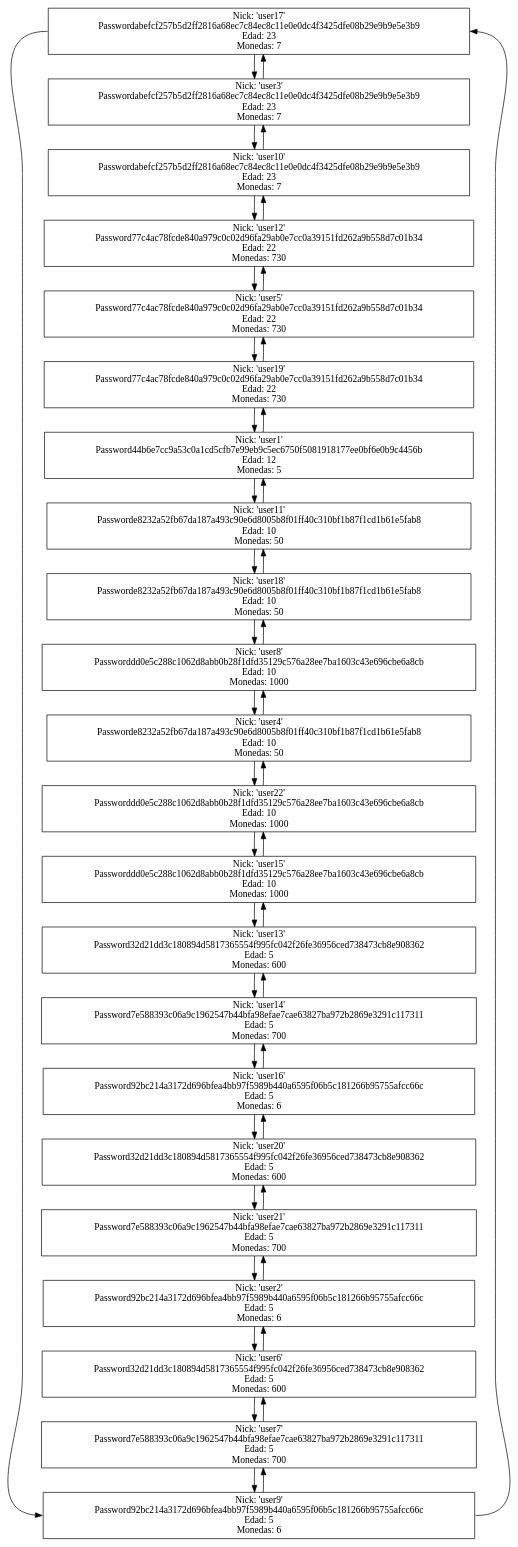
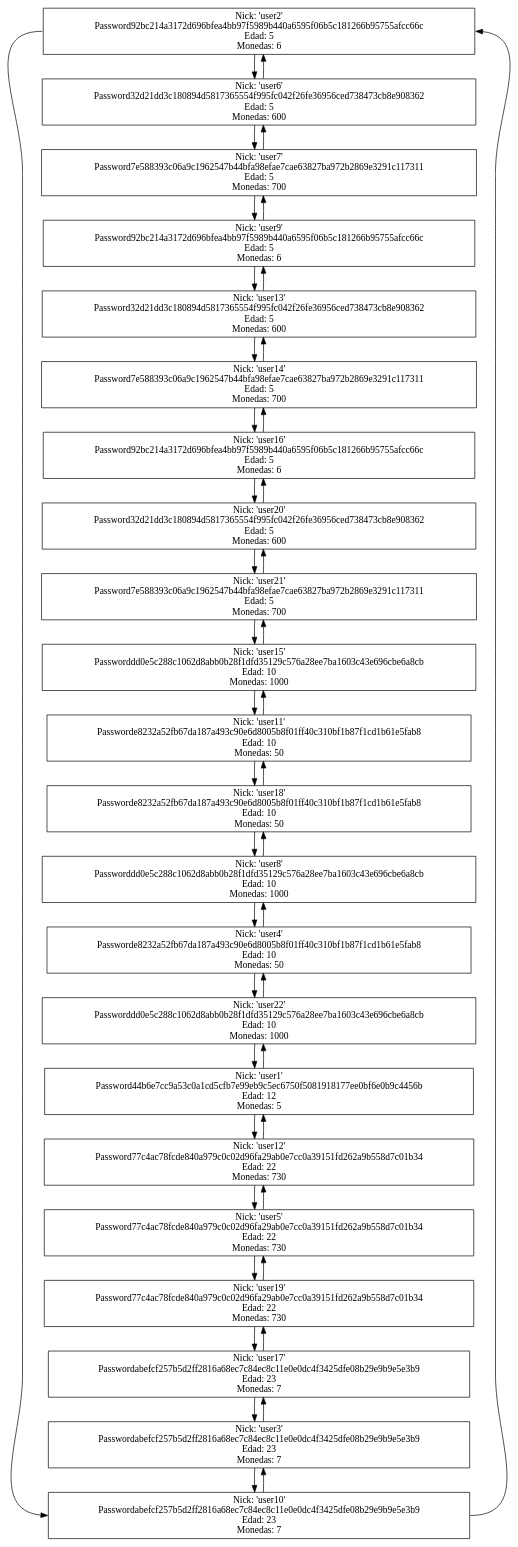
The diagram in usuarios.dot (ASique-4/-EDD_2S-BatallaNaval_202012039), drawn with Graphviz before and after one commit. The commit also changed 4 other files, not shown here.

```diff
--- a/usuarios.dot
+++ b/usuarios.dot
@@ -1,136 +1,136 @@
 digraph G {
 graph [rankdir = TB ]
 node [shape = box]
-"user17"[label="Nick: 'user17'
-Passwordabefcf257b5d2ff2816a68ec7c84ec8c11e0e0dc4f3425dfe08b29e9b9e5e3b9
-Edad: 23
-Monedas: 7"];
-user17->user3
-"user3" [label="Nick: 'user3'
-Passwordabefcf257b5d2ff2816a68ec7c84ec8c11e0e0dc4f3425dfe08b29e9b9e5e3b9
-Edad: 23
-Monedas: 7"];
-"user3"->"user10"
-"user3"->"user17"
-"user10" [label="Nick: 'user10'
-Passwordabefcf257b5d2ff2816a68ec7c84ec8c11e0e0dc4f3425dfe08b29e9b9e5e3b9
-Edad: 23
-Monedas: 7"];
-"user10"->"user12"
-"user10"->"user3"
-"user12" [label="Nick: 'user12'
-Password77c4ac78fcde840a979c0c02d96fa29ab0e7cc0a39151fd262a9b558d7c01b34
-Edad: 22
-Monedas: 730"];
-"user12"->"user5"
-"user12"->"user10"
-"user5" [label="Nick: 'user5'
-Password77c4ac78fcde840a979c0c02d96fa29ab0e7cc0a39151fd262a9b558d7c01b34
-Edad: 22
-Monedas: 730"];
-"user5"->"user19"
-"user5"->"user12"
-"user19" [label="Nick: 'user19'
-Password77c4ac78fcde840a979c0c02d96fa29ab0e7cc0a39151fd262a9b558d7c01b34
-Edad: 22
-Monedas: 730"];
-"user19"->"user1"
-"user19"->"user5"
-"user1" [label="Nick: 'user1'
-Password44b6e7cc9a53c0a1cd5cfb7e99eb9c5ec6750f5081918177ee0bf6e0b9c4456b
-Edad: 12
-Monedas: 5"];
-"user1"->"user11"
-"user1"->"user19"
+"user2"[label="Nick: 'user2'
+Password92bc214a3172d696bfea4bb97f5989b440a6595f06b5c181266b95755afcc66c
+Edad: 5
+Monedas: 6"];
+user2->user6
+"user6" [label="Nick: 'user6'
+Password32d21dd3c180894d5817365554f995fc042f26fe36956ced738473cb8e908362
+Edad: 5
+Monedas: 600"];
+"user6"->"user7"
+"user6"->"user2"
+"user7" [label="Nick: 'user7'
+Password7e588393c06a9c1962547b44bfa98efae7cae63827ba972b2869e3291c117311
+Edad: 5
+Monedas: 700"];
+"user7"->"user9"
+"user7"->"user6"
+"user9" [label="Nick: 'user9'
+Password92bc214a3172d696bfea4bb97f5989b440a6595f06b5c181266b95755afcc66c
+Edad: 5
+Monedas: 6"];
+"user9"->"user13"
+"user9"->"user7"
+"user13" [label="Nick: 'user13'
+Password32d21dd3c180894d5817365554f995fc042f26fe36956ced738473cb8e908362
+Edad: 5
+Monedas: 600"];
+"user13"->"user14"
+"user13"->"user9"
+"user14" [label="Nick: 'user14'
+Password7e588393c06a9c1962547b44bfa98efae7cae63827ba972b2869e3291c117311
+Edad: 5
+Monedas: 700"];
+"user14"->"user16"
+"user14"->"user13"
+"user16" [label="Nick: 'user16'
+Password92bc214a3172d696bfea4bb97f5989b440a6595f06b5c181266b95755afcc66c
+Edad: 5
+Monedas: 6"];
+"user16"->"user20"
+"user16"->"user14"
+"user20" [label="Nick: 'user20'
+Password32d21dd3c180894d5817365554f995fc042f26fe36956ced738473cb8e908362
+Edad: 5
+Monedas: 600"];
+"user20"->"user21"
+"user20"->"user16"
+"user21" [label="Nick: 'user21'
+Password7e588393c06a9c1962547b44bfa98efae7cae63827ba972b2869e3291c117311
+Edad: 5
+Monedas: 700"];
+"user21"->"user15"
+"user21"->"user20"
+"user15" [label="Nick: 'user15'
+Passworddd0e5c288c1062d8abb0b28f1dfd35129c576a28ee7ba1603c43e696cbe6a8cb
+Edad: 10
+Monedas: 1000"];
+"user15"->"user11"
+"user15"->"user21"
 "user11" [label="Nick: 'user11'
 Passworde8232a52fb67da187a493c90e6d8005b8f01ff40c310bf1b87f1cd1b61e5fab8
 Edad: 10
 Monedas: 50"];
 "user11"->"user18"
-"user11"->"user1"
+"user11"->"user15"
 "user18" [label="Nick: 'user18'
 Passworde8232a52fb67da187a493c90e6d8005b8f01ff40c310bf1b87f1cd1b61e5fab8
 Edad: 10
 Monedas: 50"];
 "user18"->"user8"
 "user18"->"user11"
 "user8" [label="Nick: 'user8'
 Passworddd0e5c288c1062d8abb0b28f1dfd35129c576a28ee7ba1603c43e696cbe6a8cb
 Edad: 10
 Monedas: 1000"];
 "user8"->"user4"
 "user8"->"user18"
 "user4" [label="Nick: 'user4'
 Passworde8232a52fb67da187a493c90e6d8005b8f01ff40c310bf1b87f1cd1b61e5fab8
 Edad: 10
 Monedas: 50"];
 "user4"->"user22"
 "user4"->"user8"
 "user22" [label="Nick: 'user22'
 Passworddd0e5c288c1062d8abb0b28f1dfd35129c576a28ee7ba1603c43e696cbe6a8cb
 Edad: 10
 Monedas: 1000"];
-"user22"->"user15"
+"user22"->"user1"
 "user22"->"user4"
-"user15" [label="Nick: 'user15'
-Passworddd0e5c288c1062d8abb0b28f1dfd35129c576a28ee7ba1603c43e696cbe6a8cb
-Edad: 10
-Monedas: 1000"];
-"user15"->"user13"
-"user15"->"user22"
-"user13" [label="Nick: 'user13'
-Password32d21dd3c180894d5817365554f995fc042f26fe36956ced738473cb8e908362
-Edad: 5
-Monedas: 600"];
-"user13"->"user14"
-"user13"->"user15"
-"user14" [label="Nick: 'user14'
-Password7e588393c06a9c1962547b44bfa98efae7cae63827ba972b2869e3291c117311
-Edad: 5
-Monedas: 700"];
-"user14"->"user16"
-"user14"->"user13"
-"user16" [label="Nick: 'user16'
-Password92bc214a3172d696bfea4bb97f5989b440a6595f06b5c181266b95755afcc66c
-Edad: 5
-Monedas: 6"];
-"user16"->"user20"
-"user16"->"user14"
-"user20" [label="Nick: 'user20'
-Password32d21dd3c180894d5817365554f995fc042f26fe36956ced738473cb8e908362
-Edad: 5
-Monedas: 600"];
-"user20"->"user21"
-"user20"->"user16"
-"user21" [label="Nick: 'user21'
-Password7e588393c06a9c1962547b44bfa98efae7cae63827ba972b2869e3291c117311
-Edad: 5
-Monedas: 700"];
-"user21"->"user2"
-"user21"->"user20"
-"user2" [label="Nick: 'user2'
-Password92bc214a3172d696bfea4bb97f5989b440a6595f06b5c181266b95755afcc66c
-Edad: 5
-Monedas: 6"];
-"user2"->"user6"
-"user2"->"user21"
-"user6" [label="Nick: 'user6'
-Password32d21dd3c180894d5817365554f995fc042f26fe36956ced738473cb8e908362
-Edad: 5
-Monedas: 600"];
-"user6"->"user7"
-"user6"->"user2"
-"user7" [label="Nick: 'user7'
-Password7e588393c06a9c1962547b44bfa98efae7cae63827ba972b2869e3291c117311
-Edad: 5
-Monedas: 700"];
-"user7"->"user9"
-"user7"->"user6"
-"user9"[label="Nick: 'user9'
-Password92bc214a3172d696bfea4bb97f5989b440a6595f06b5c181266b95755afcc66c
-Edad: 5
-Monedas: 6"];
-"user9"->"user7"
-"user9":e->"user17":e
-"user17":w->"user9":w
+"user1" [label="Nick: 'user1'
+Password44b6e7cc9a53c0a1cd5cfb7e99eb9c5ec6750f5081918177ee0bf6e0b9c4456b
+Edad: 12
+Monedas: 5"];
+"user1"->"user12"
+"user1"->"user22"
+"user12" [label="Nick: 'user12'
+Password77c4ac78fcde840a979c0c02d96fa29ab0e7cc0a39151fd262a9b558d7c01b34
+Edad: 22
+Monedas: 730"];
+"user12"->"user5"
+"user12"->"user1"
+"user5" [label="Nick: 'user5'
+Password77c4ac78fcde840a979c0c02d96fa29ab0e7cc0a39151fd262a9b558d7c01b34
+Edad: 22
+Monedas: 730"];
+"user5"->"user19"
+"user5"->"user12"
+"user19" [label="Nick: 'user19'
+Password77c4ac78fcde840a979c0c02d96fa29ab0e7cc0a39151fd262a9b558d7c01b34
+Edad: 22
+Monedas: 730"];
+"user19"->"user17"
+"user19"->"user5"
+"user17" [label="Nick: 'user17'
+Passwordabefcf257b5d2ff2816a68ec7c84ec8c11e0e0dc4f3425dfe08b29e9b9e5e3b9
+Edad: 23
+Monedas: 7"];
+"user17"->"user3"
+"user17"->"user19"
+"user3" [label="Nick: 'user3'
+Passwordabefcf257b5d2ff2816a68ec7c84ec8c11e0e0dc4f3425dfe08b29e9b9e5e3b9
+Edad: 23
+Monedas: 7"];
+"user3"->"user10"
+"user3"->"user17"
+"user10"[label="Nick: 'user10'
+Passwordabefcf257b5d2ff2816a68ec7c84ec8c11e0e0dc4f3425dfe08b29e9b9e5e3b9
+Edad: 23
+Monedas: 7"];
+"user10"->"user3"
+"user10":e->"user2":e
+"user2":w->"user10":w
 }
```
